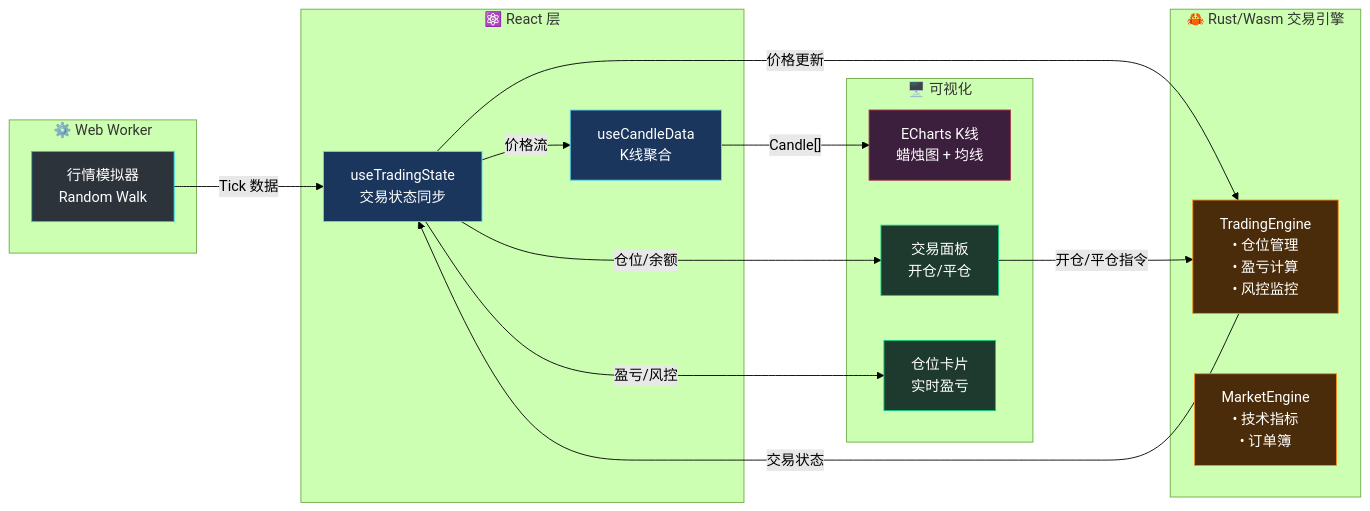
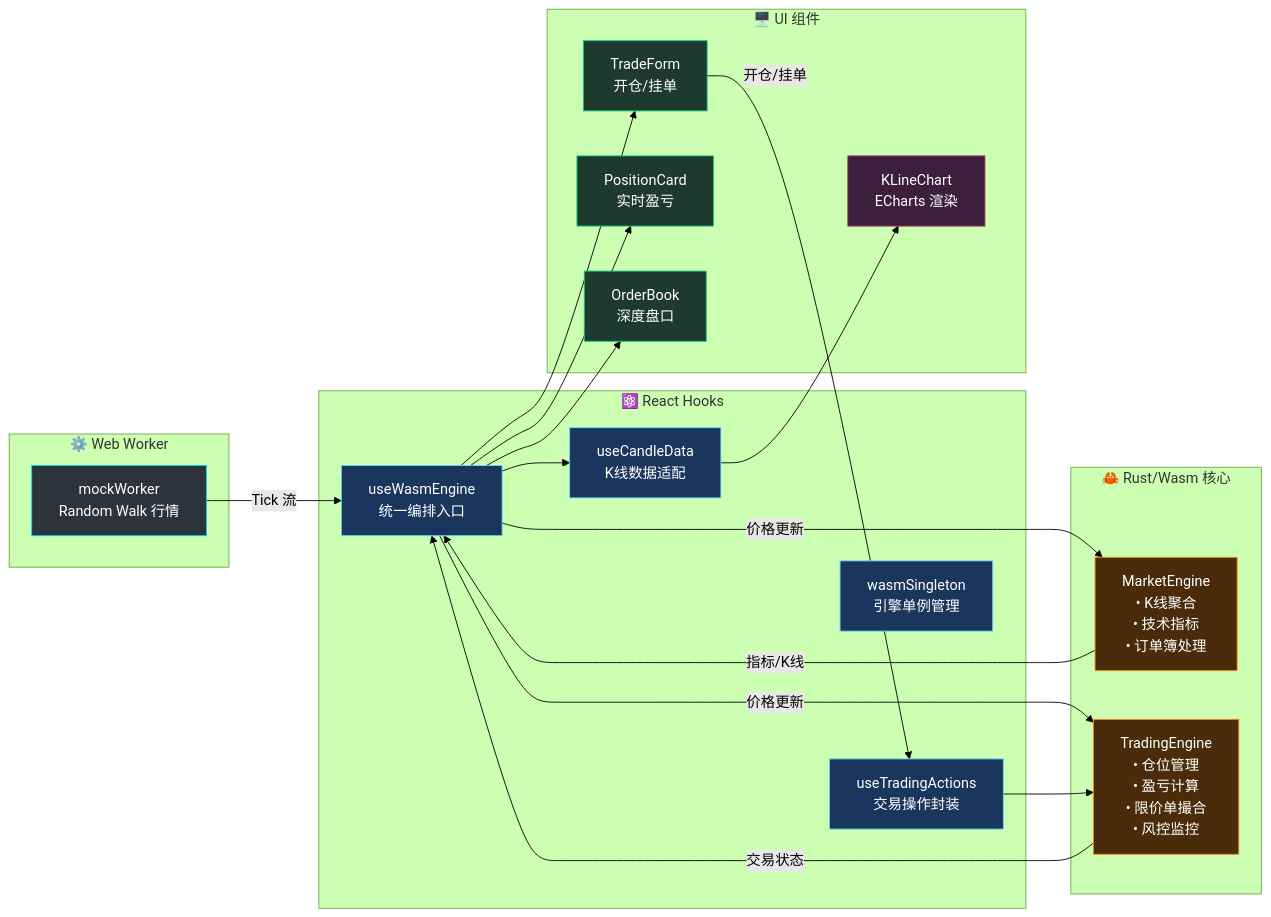
Before and after one commit to Duri686/RustQuantLab: the diagram in README.md, drawn with Mermaid (forest theme). The commit also changed other lines of this file, not shown here.

````diff
--- a/README.md
+++ b/README.md
@@ -40,40 +40,48 @@
 ```mermaid
 flowchart LR
     subgraph Worker["⚙️ Web Worker"]
-        A[行情模拟器<br/>Random Walk]
+        A[mockWorker<br/>Random Walk 行情]
     end
     
-    subgraph Wasm["🦀 Rust/Wasm 交易引擎"]
-        B[TradingEngine<br/>• 仓位管理<br/>• 盈亏计算<br/>• 风控监控]
-        C[MarketEngine<br/>• 技术指标<br/>• 订单簿]
+    subgraph Wasm["🦀 Rust/Wasm 核心"]
+        B[MarketEngine<br/>• K线聚合<br/>• 技术指标<br/>• 订单簿处理]
+        C[TradingEngine<br/>• 仓位管理<br/>• 盈亏计算<br/>• 限价单撮合<br/>• 风控监控]
     end
     
-    subgraph React["⚛️ React 层"]
-        D[useTradingState<br/>交易状态同步]
-        E[useCandleData<br/>K线聚合]
+    subgraph Hooks["⚛️ React Hooks"]
+        D[useWasmEngine<br/>统一编排入口]
+        E[useTradingActions<br/>交易操作封装]
+        F[useCandleData<br/>K线数据适配]
+        G[wasmSingleton<br/>引擎单例管理]
     end
     
-    subgraph UI["🖥️ 可视化"]
-        F[ECharts K线<br/>蜡烛图 + 均线]
-        G[交易面板<br/>开仓/平仓]
-        H[仓位卡片<br/>实时盈亏]
+    subgraph UI["🖥️ UI 组件"]
+        H[KLineChart<br/>ECharts 渲染]
+        I[TradeForm<br/>开仓/挂单]
+        J[PositionCard<br/>实时盈亏]
+        K[OrderBook<br/>深度盘口]
     end
     
-    A -->|"Tick 数据"| D
+    A -->|"Tick 流"| D
     D -->|"价格更新"| B
-    B -->|"交易状态"| D
-    D -->|"价格流"| E
-    E -->|"Candle[]"| F
-    D -->|"仓位/余额"| G
-    D -->|"盈亏/风控"| H
-    G -->|"开仓/平仓指令"| B
+    D -->|"价格更新"| C
+    B -->|"指标/K线"| D
+    C -->|"交易状态"| D
+    D --> F --> H
+    D --> I
+    D --> J
+    D --> K
+    I -->|"开仓/挂单"| E --> C
     
     style A fill:#2d333b,stroke:#00d4ff,color:#fff
     style B fill:#4a2c0a,stroke:#f7931e,color:#fff
     style C fill:#4a2c0a,stroke:#f7931e,color:#fff
     style D fill:#1a365d,stroke:#61dafb,color:#fff
     style E fill:#1a365d,stroke:#61dafb,color:#fff
-    style F fill:#3c1f3c,stroke:#aa344d,color:#fff
-    style G fill:#1e3a2f,stroke:#0ecb81,color:#fff
-    style H fill:#1e3a2f,stroke:#0ecb81,color:#fff
+    style F fill:#1a365d,stroke:#61dafb,color:#fff
+    style G fill:#1a365d,stroke:#61dafb,color:#fff
+    style H fill:#3c1f3c,stroke:#aa344d,color:#fff
+    style I fill:#1e3a2f,stroke:#0ecb81,color:#fff
+    style J fill:#1e3a2f,stroke:#0ecb81,color:#fff
+    style K fill:#1e3a2f,stroke:#0ecb81,color:#fff
 ```
````
